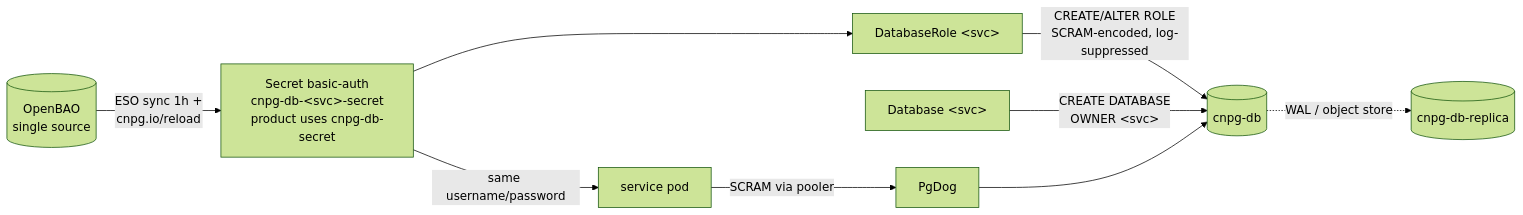
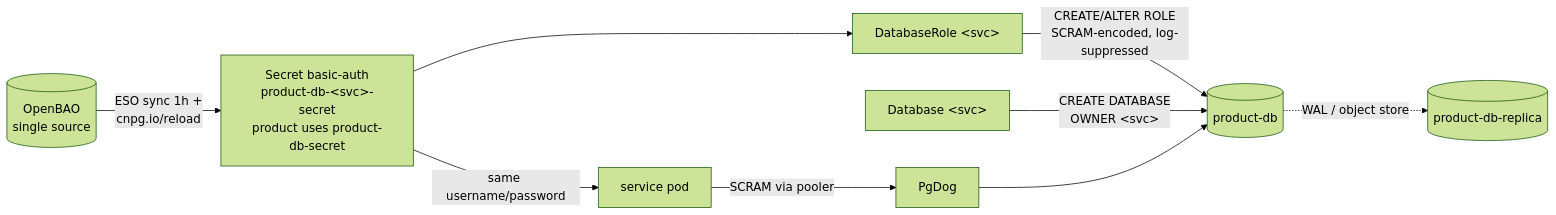
The diagram in docs/databases/012-declarative-role-management.md (duynhlab/homelab), drawn with Mermaid (forest theme) before and after one commit. The commit also changed other lines of this file and 15 other files, not shown here.

````diff
--- a/docs/databases/012-declarative-role-management.md
+++ b/docs/databases/012-declarative-role-management.md
@@ -57,11 +57,11 @@
 ```mermaid
 flowchart LR
-    OB[(OpenBAO<br/>single source)] -->|ESO sync 1h +<br/>cnpg.io/reload| S[Secret basic-auth<br/>cnpg-db-&lt;svc&gt;-secret<br/>product uses cnpg-db-secret]
+    OB[(OpenBAO<br/>single source)] -->|ESO sync 1h +<br/>cnpg.io/reload| S[Secret basic-auth<br/>product-db-&lt;svc&gt;-secret<br/>product uses product-db-secret]
     S --> DR2[DatabaseRole &lt;svc&gt;]
-    DR2 -->|CREATE/ALTER ROLE<br/>SCRAM-encoded, log-suppressed| PG[(cnpg-db)]
+    DR2 -->|CREATE/ALTER ROLE<br/>SCRAM-encoded, log-suppressed| PG[(product-db)]
     DB2[Database &lt;svc&gt;] -->|CREATE DATABASE<br/>OWNER &lt;svc&gt;| PG
     S -->|same username/password| APP[service pod]
     APP -->|SCRAM via pooler| PL[PgDog]
     PL --> PG
-    PG -.->|WAL / object store| DRC[(cnpg-db-replica)]
+    PG -.->|WAL / object store| DRC[(product-db-replica)]
 ```
````
